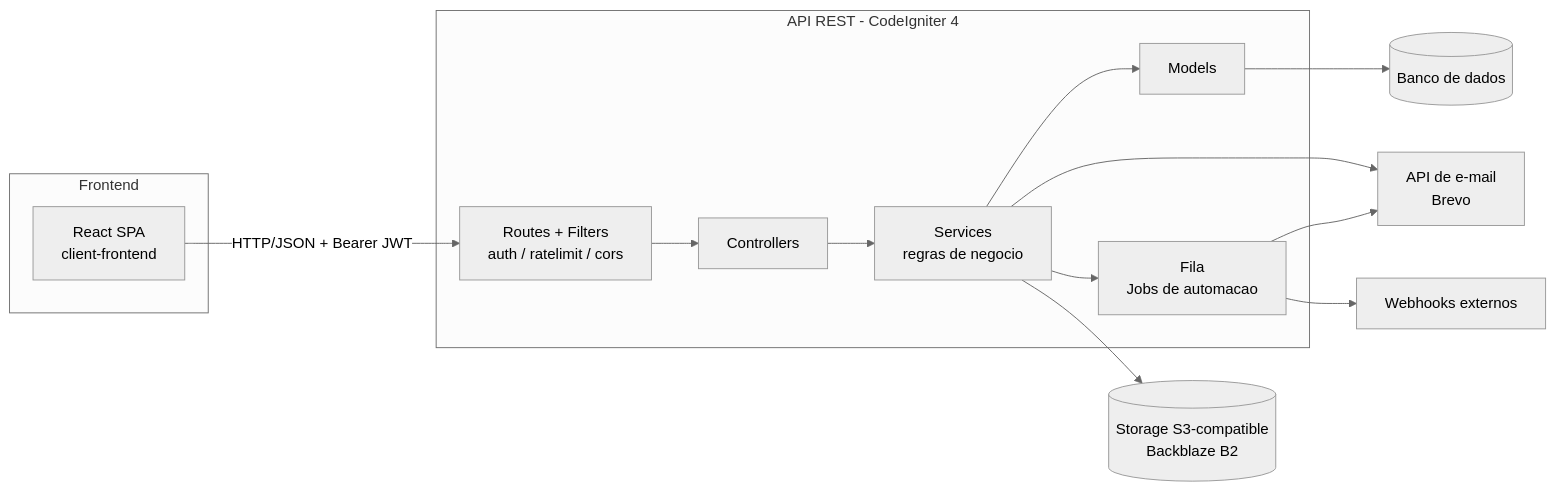
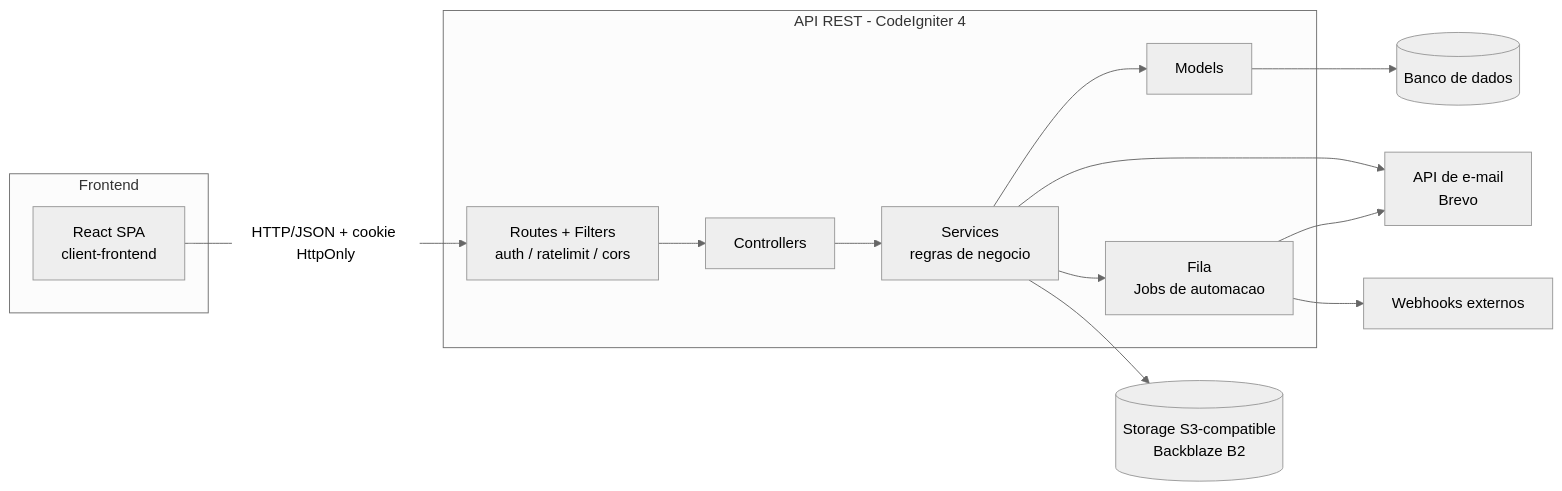
Before and after one commit to Levit-Organization/Levit-WEB: the first of 3 diagrams in README.md, drawn with Mermaid (neutral theme). The commit also changed other lines of this file, not shown here.

````diff
--- a/README.md
+++ b/README.md
@@ -79,26 +80,26 @@
 ```mermaid
 flowchart LR
     subgraph Frontend
         SPA[React SPA<br/>client-frontend]
     end
 
     subgraph Backend[API REST - CodeIgniter 4]
         Routes[Routes + Filters<br/>auth / ratelimit / cors]
         Controllers[Controllers]
         Services[Services<br/>regras de negocio]
         Models[Models]
         Queue[Fila<br/>Jobs de automacao]
     end
 
     DB[(Banco de dados)]
     S3[(Storage S3-compatible<br/>Backblaze B2)]
     Email[API de e-mail<br/>Brevo]
 
-    SPA -- HTTP/JSON + Bearer JWT --> Routes
+    SPA -- HTTP/JSON + cookie HttpOnly --> Routes
     Routes --> Controllers --> Services --> Models --> DB
     Services --> Queue
     Queue --> Email
     Queue --> Webhook[Webhooks externos]
     Services --> S3
     Services --> Email
 ```
````
